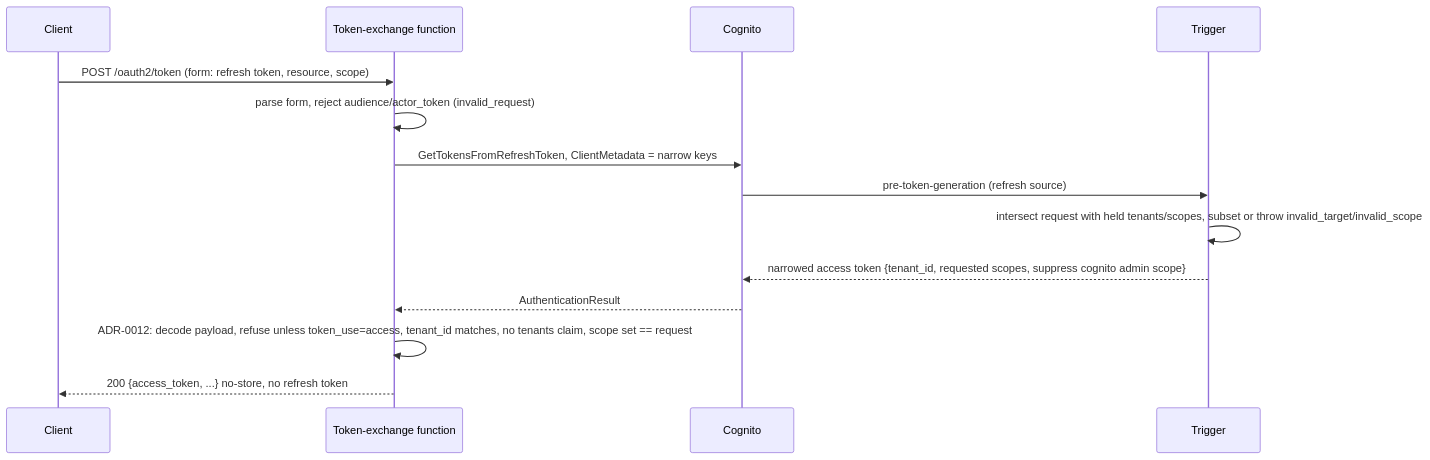
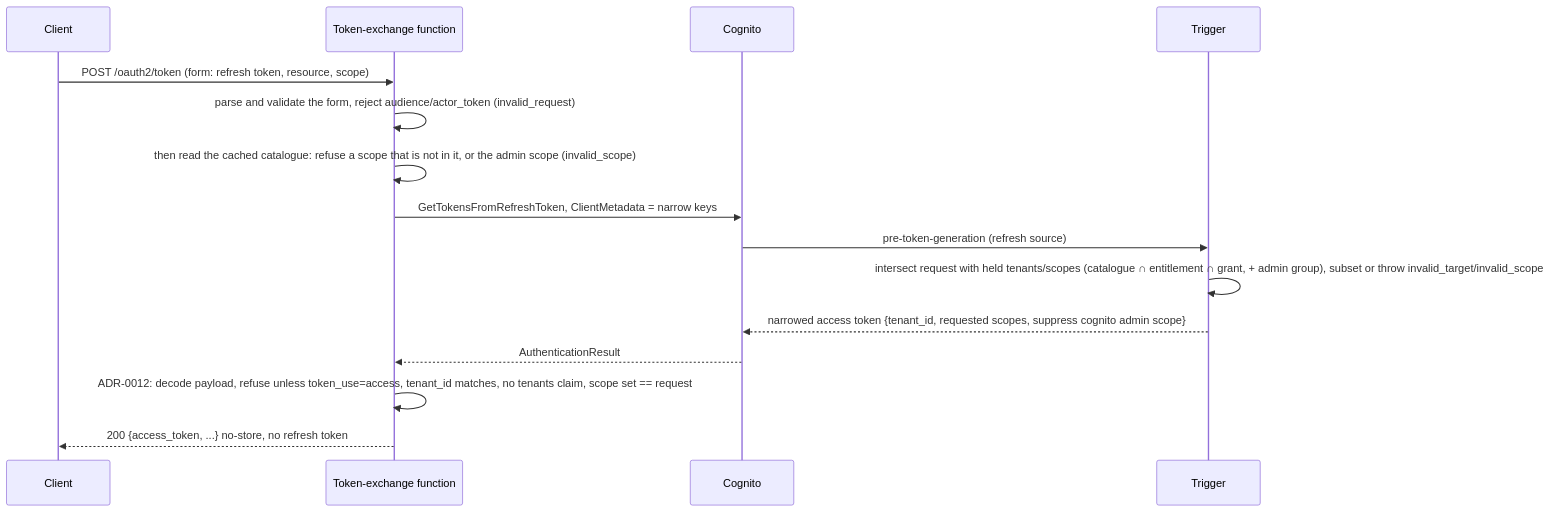
One commit to aws-samples/sample-agentic-ai-acceleration-patterns changed the third of 5 diagrams in samples/tenant-identity/architecture.md. Above: the diagram before and after it, drawn with Mermaid. The commit also changed other lines of this file and 56 other files, not shown here.

First line of the commit message:
tenant-identity: scope catalogue and per-tenant/per-user scope entitlement (ADR-0034..0036) (#16)

````diff
--- a/samples/tenant-identity/architecture.md
+++ b/samples/tenant-identity/architecture.md
@@ -390,16 +445,17 @@
 ```mermaid
 sequenceDiagram
     participant X as Client
     participant E as Token-exchange function
     participant C as Cognito
     participant T as Trigger
     X->>E: POST /oauth2/token (form: refresh token, resource, scope)
-    E->>E: parse form, reject audience/actor_token (invalid_request)
+    E->>E: parse and validate the form, reject audience/actor_token (invalid_request)
+    E->>E: then read the cached catalogue: refuse a scope that is not in it, or the admin scope (invalid_scope)
     E->>C: GetTokensFromRefreshToken, ClientMetadata = narrow keys
     C->>T: pre-token-generation (refresh source)
-    T->>T: intersect request with held tenants/scopes, subset or throw invalid_target/invalid_scope
+    T->>T: intersect request with held tenants/scopes (catalogue ∩ entitlement ∩ grant, + admin group), subset or throw invalid_target/invalid_scope
     T-->>C: narrowed access token {tenant_id, requested scopes, suppress cognito admin scope}
     C-->>E: AuthenticationResult
     E->>E: ADR-0012: decode payload, refuse unless token_use=access, tenant_id matches, no tenants claim, scope set == request
     E-->>X: 200 {access_token, ...} no-store, no refresh token
 ```
````
